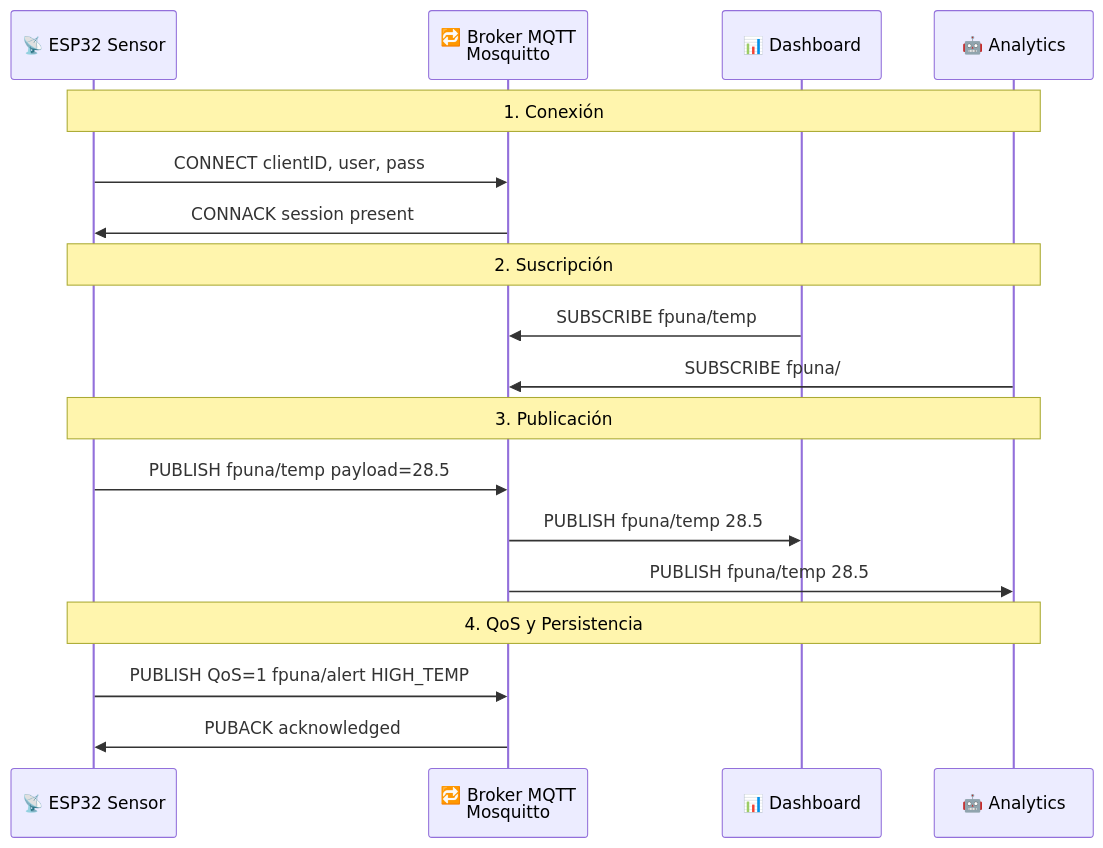
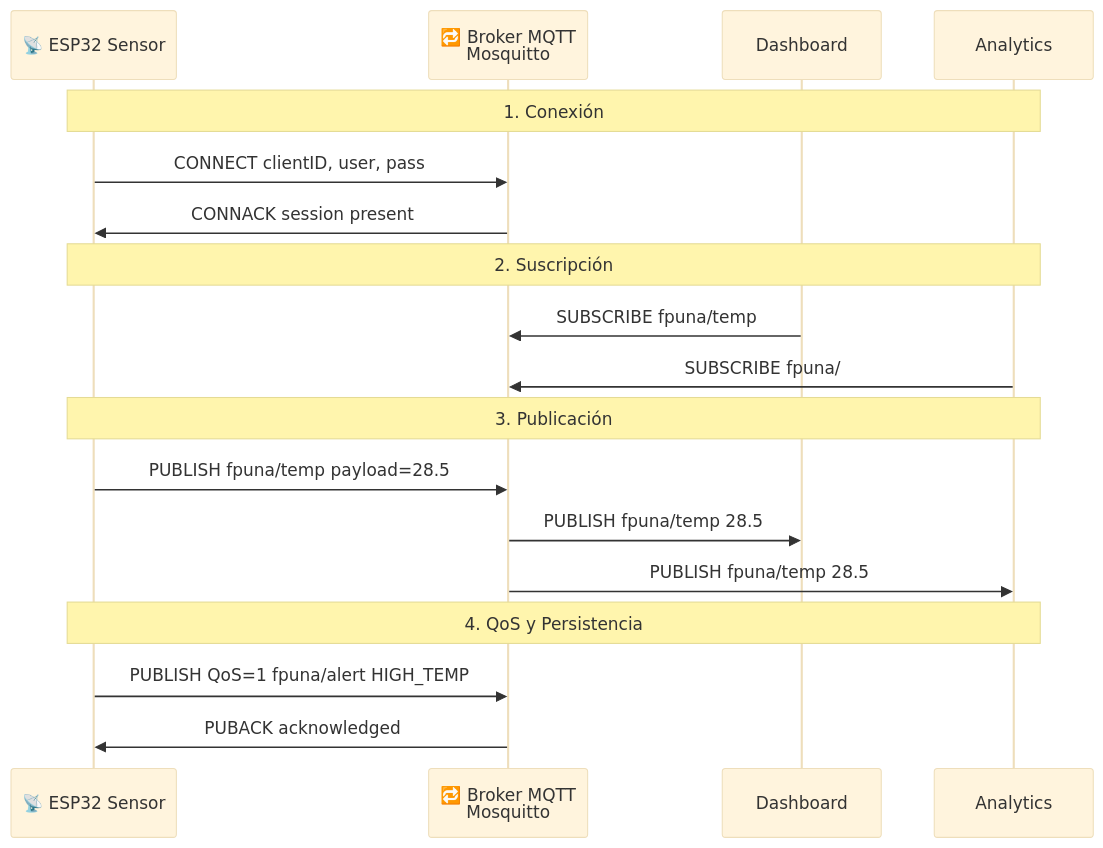
One commit to Ai-Whisperers/Courses-Content changed the fourth of 14 diagrams in courses/🟡-development/FPUNA-2026/02-ELECTRONICA-AUTOMATIZACION/05-iot-visualizacion-datos.md. Above: the diagram before and after it, drawn with Mermaid. The commit also changed other lines of this file and 47 other files, not shown here.

First line of the commit message:
fix: Make all 473 diagrams WCAG AAA accessible (FPUNA-2026)

````diff
--- a/courses/🟡-development/FPUNA-2026/02-ELECTRONICA-AUTOMATIZACION/05-iot-visualizacion-datos.md
+++ b/courses/🟡-development/FPUNA-2026/02-ELECTRONICA-AUTOMATIZACION/05-iot-visualizacion-datos.md
@@ -144,24 +147,25 @@
 ```mermaid
+%%{init: {'theme':'base', 'themeVariables': {'fontSize':'18px'}}}%%
 sequenceDiagram
     participant S as 📡 ESP32 Sensor
     participant B as 🔁 Broker MQTT<br/>Mosquitto
-    participant D1 as 📊 Dashboard
-    participant D2 as 🤖 Analytics
+    participant D1 as Dashboard
+    participant D2 as Analytics
     
     Note over S,D2: 1. Conexión
     S->>B: CONNECT clientID, user, pass
     B->>S: CONNACK session present
     
     Note over S,D2: 2. Suscripción
     D1->>B: SUBSCRIBE fpuna/temp
     D2->>B: SUBSCRIBE fpuna/# wildcard
     
     Note over S,D2: 3. Publicación
     S->>B: PUBLISH fpuna/temp payload=28.5
     B->>D1: PUBLISH fpuna/temp 28.5
     B->>D2: PUBLISH fpuna/temp 28.5
     
     Note over S,D2: 4. QoS y Persistencia
     S->>B: PUBLISH QoS=1 fpuna/alert HIGH_TEMP
     B->>S: PUBACK acknowledged
 ```
````
